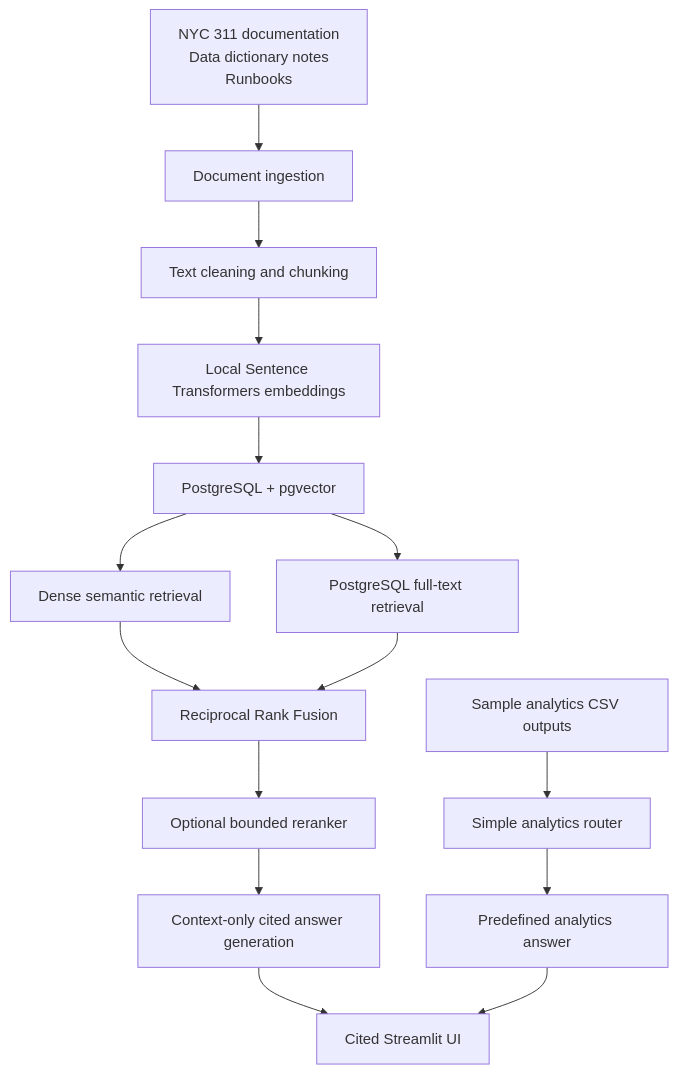
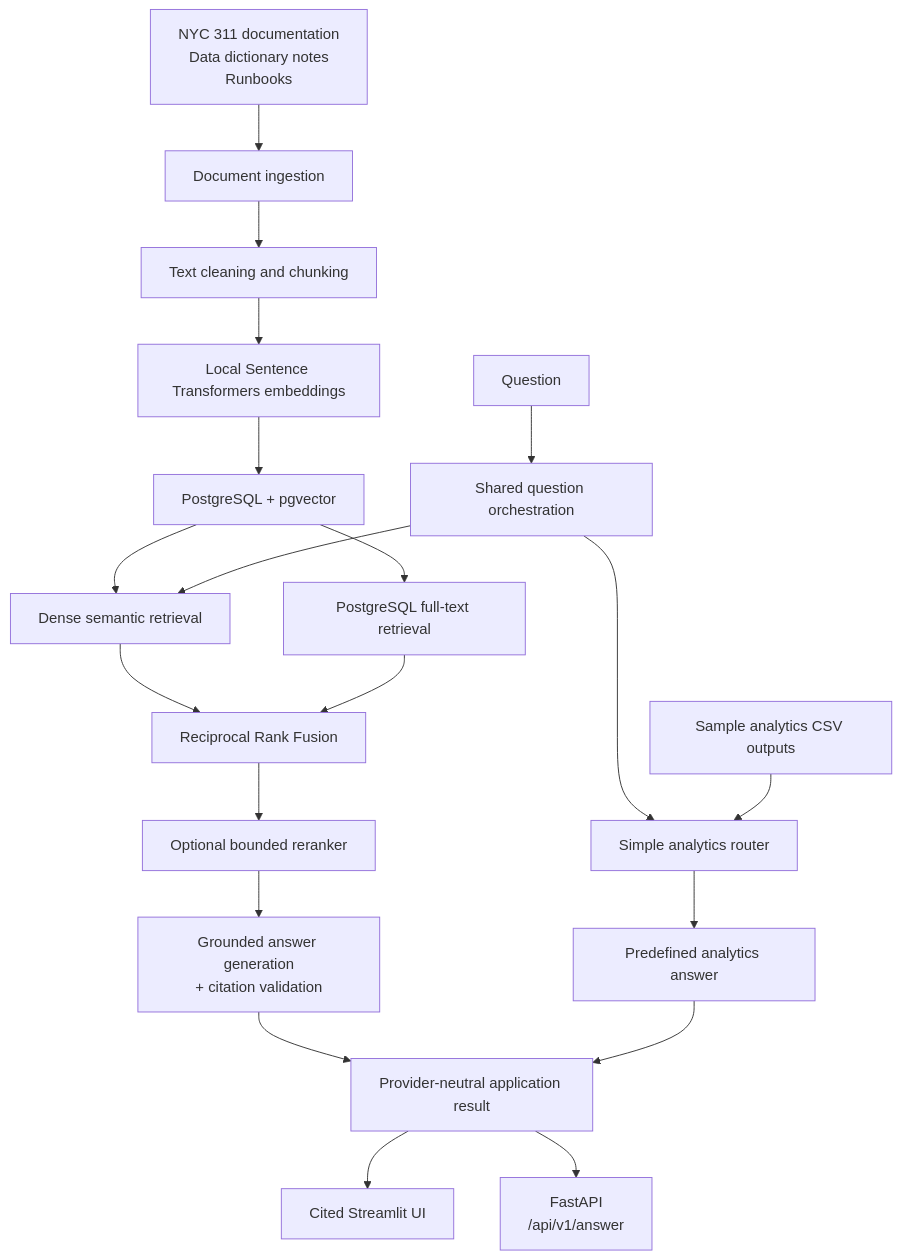
Before and after one commit to rihua-tech/civiclens-rag-nyc311: the diagram in README.md, drawn with Mermaid. The commit also changed other lines of this file and 18 other files, not shown here.

Commit message:
Add FastAPI backend and question orchestration

````diff
--- a/README.md
+++ b/README.md
@@ -33,21 +33,27 @@
 ```mermaid
 flowchart TD
+    question["Question"]
     docs["NYC 311 documentation<br/>Data dictionary notes<br/>Runbooks"]
     sampleAnalytics["Sample analytics CSV outputs"]
 
     docs --> ingestion["Document ingestion"]
     ingestion --> chunking["Text cleaning and chunking"]
     chunking --> embeddings["Local Sentence Transformers embeddings"]
     embeddings --> pgvector["PostgreSQL + pgvector"]
     pgvector --> semantic["Dense semantic retrieval"]
     pgvector --> lexical["PostgreSQL full-text retrieval"]
     semantic --> fusion["Reciprocal Rank Fusion"]
     lexical --> fusion
     fusion --> reranker["Optional bounded reranker"]
-    reranker --> answer["Context-only cited answer generation"]
-    answer --> ui["Cited Streamlit UI"]
+    reranker --> answer["Grounded answer generation<br/>+ citation validation"]
 
-    sampleAnalytics --> analyticsRouter["Simple analytics router"]
+    question --> orchestrator["Shared question orchestration"]
+    orchestrator --> semantic
+    orchestrator --> analyticsRouter["Simple analytics router"]
+    sampleAnalytics --> analyticsRouter
     analyticsRouter --> analyticsAnswer["Predefined analytics answer"]
-    analyticsAnswer --> ui
+    answer --> result["Provider-neutral application result"]
+    analyticsAnswer --> result
+    result --> ui["Cited Streamlit UI"]
+    result --> api["FastAPI<br/>/api/v1/answer"]
 ```
````
